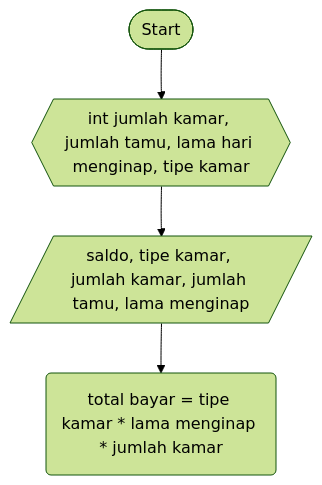
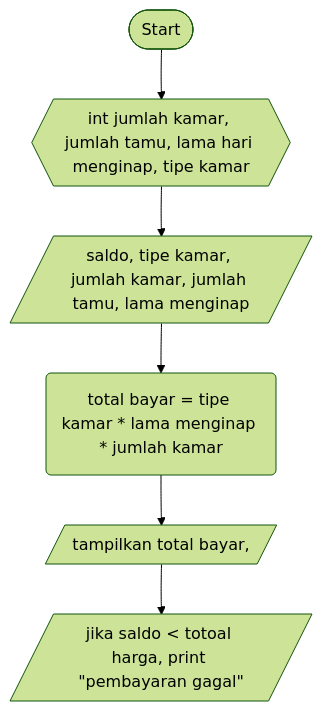
Before and after one commit to SATRIODIANNUGROHO/Sample2.1: the diagram in BookingRuangan.md, drawn with Mermaid (forest theme).

````diff
--- a/BookingRuangan.md
+++ b/BookingRuangan.md
@@ -1,7 +1,9 @@
 ```mermaid
 flowchart TD;
     A([Start])-->B{{int jumlah kamar, jumlah tamu, lama hari menginap, tipe kamar}};
     B{{int jumlah kamar, jumlah tamu, lama hari menginap, tipe kamar}}-->C[/saldo, tipe kamar, jumlah kamar, jumlah tamu, lama menginap/];
     C[/saldo, tipe kamar, jumlah kamar, jumlah tamu, lama menginap/]-->D(total bayar = tipe kamar * lama menginap * jumlah kamar);
+    D(total bayar = tipe kamar * lama menginap * jumlah kamar)-->E[/tampilkan total bayar,/];
+    E[/tampilkan total bayar,/]-->F[/jika saldo < totoal harga, print "pembayaran gagal"/];
 
 ```
````
